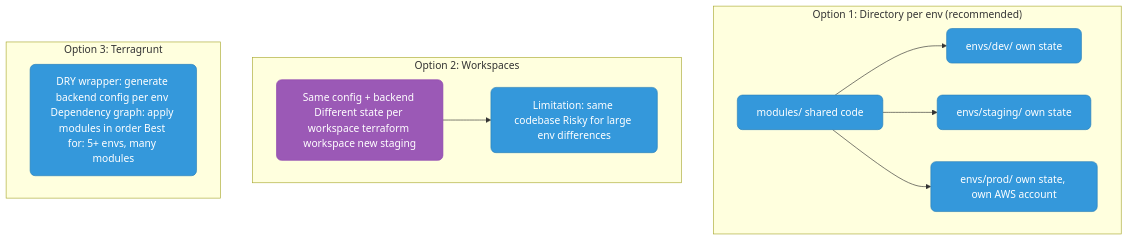
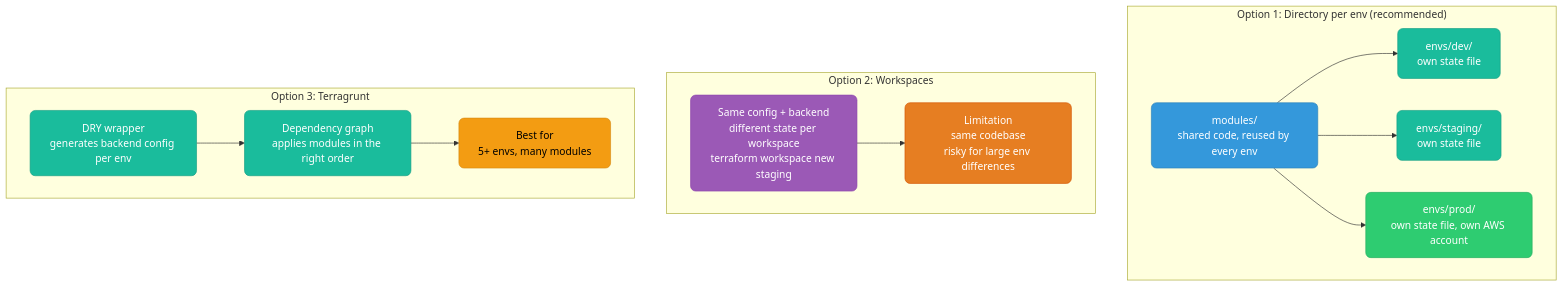
One commit to deepanshu-rawat6/DevOpsIndex changed the seventh of 9 diagrams in iac/README.md. Above: the diagram before and after it, drawn with Mermaid. The commit also changed other lines of this file and 17 other files, not shown here.

````diff
--- a/iac/README.md
+++ b/iac/README.md
@@ -180,28 +333,31 @@
 ```mermaid
 graph TD
     classDef blue fill:#3498db,stroke:#2980b9,color:#fff,rx:8
     classDef green fill:#2ecc71,stroke:#27ae60,color:#fff,rx:8
     classDef red fill:#e74c3c,stroke:#c0392b,color:#fff,rx:8
     classDef orange fill:#e67e22,stroke:#d35400,color:#fff,rx:8
     classDef purple fill:#9b59b6,stroke:#8e44ad,color:#fff,rx:8
     classDef teal fill:#1abc9c,stroke:#16a085,color:#fff,rx:8
     classDef dark fill:#2c3e50,stroke:#1a252f,color:#fff,rx:8
     classDef yellow fill:#f39c12,stroke:#d68910,color:#000,rx:8
     classDef k8s fill:#326ce5,stroke:#254ea8,color:#fff,rx:8
     classDef aws fill:#ff9900,stroke:#cc7a00,color:#000,rx:8
     subgraph Dir["Option 1: Directory per env (recommended)"]
-        MOD["modules/ shared code"]:::blue --> DEV["envs/dev/ own state"]:::blue
-        MOD --> STG["envs/staging/ own state"]:::blue
-        MOD --> PRD["envs/prod/ own state, own AWS account"]:::blue
+        MOD["modules/<br/>shared code, reused by every env"]:::blue --> DEV["envs/dev/<br/>own state file"]:::teal
+        MOD --> STG["envs/staging/<br/>own state file"]:::teal
+        MOD --> PRD["envs/prod/<br/>own state file, own AWS account"]:::green
     end
 
     subgraph WS["Option 2: Workspaces"]
-        SAME["Same config + backend Different state per workspace terraform workspace new staging"]:::purple
-        LIM["Limitation: same codebase Risky for large env differences"]:::blue
+        SAME["Same config + backend<br/>different state per workspace<br/>terraform workspace new staging"]:::purple
+        LIM["Limitation<br/>same codebase<br/>risky for large env differences"]:::orange
         SAME --> LIM
     end
 
     subgraph TG["Option 3: Terragrunt"]
-        DRY["DRY wrapper: generate backend config per env Dependency graph: apply modules in order Best for: 5+ envs, many modules"]:::blue
+        DRY["DRY wrapper<br/>generates backend config per env"]:::teal
+        DEPS["Dependency graph<br/>applies modules in the right order"]:::teal
+        BEST["Best for<br/>5+ envs, many modules"]:::yellow
+        DRY --> DEPS --> BEST
     end
 ```
````
